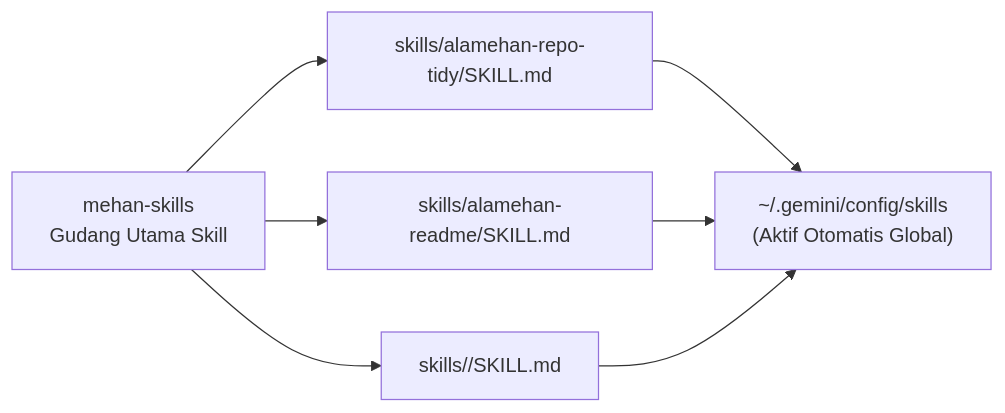
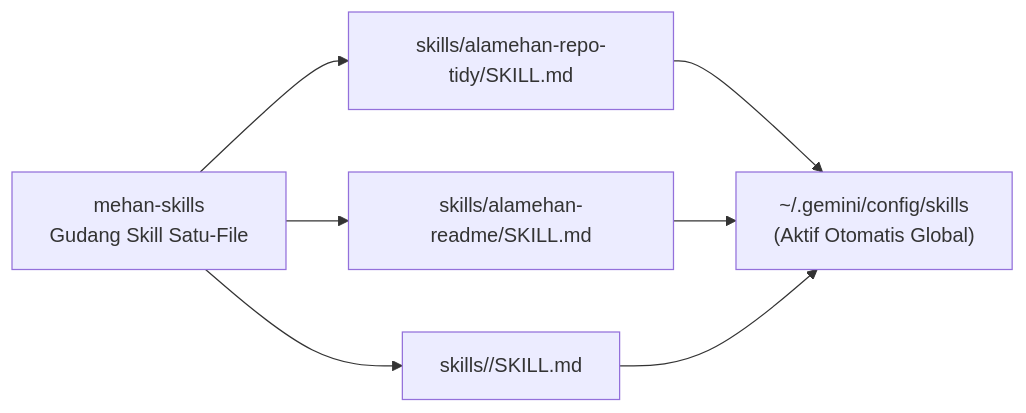
The diagram in README.id.md (alamehan/mehan-skills), drawn with Mermaid before and after one commit. The commit also changed other lines of this file and 4 other files, not shown here.

````diff
--- a/README.id.md
+++ b/README.id.md
@@ -73,9 +76,9 @@
 ```mermaid
 flowchart LR
-  repo["mehan-skills<br/>Gudang Utama Skill"] --> s1["skills/alamehan-repo-tidy/SKILL.md"]
-  repo --> s2["skills/alamehan-readme/SKILL.md"]
-  repo --> sn["skills/<skill-berikutnya>/SKILL.md"]
-  s1 --> agy["~/.gemini/config/skills<br/>(Aktif Otomatis Global)"]
-  s2 --> agy
-  sn --> agy
+  vault["mehan-skills<br/>Gudang Skill Satu-File"] --> tidy["skills/alamehan-repo-tidy/SKILL.md"]
+  vault --> rdm["skills/alamehan-readme/SKILL.md"]
+  vault --> next["skills/<skill-berikutnya>/SKILL.md"]
+  tidy --> global["~/.gemini/config/skills<br/>(Aktif Otomatis Global)"]
+  rdm --> global
+  next --> global
 ```
````
